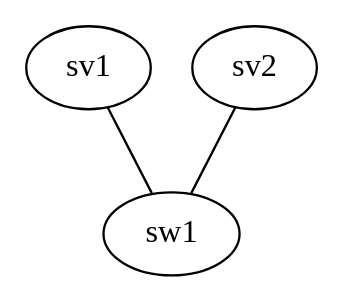
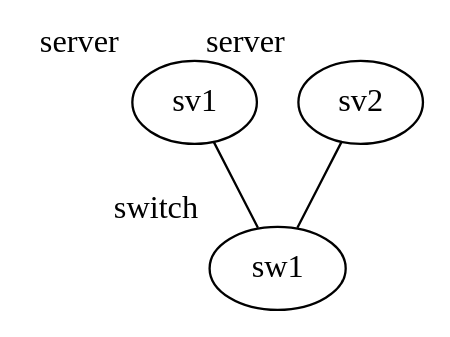
Before and after one commit to cpflat/dot2net: the diagram in example/switching/input.dot, drawn with Graphviz. The commit also changed 29 other files, not shown here.

```diff
--- a/example/switching/input.dot
+++ b/example/switching/input.dot
@@ -1,9 +1,9 @@
 digraph  {
 
-	sv1[class="server"];
-	sw1[class="switch"];
-	sv2[class="server"];
+	sv1[xlabel="server"];
+	sw1[xlabel="switch"];
+	sv2[xlabel="server"];
 
 	sv1->sw1[dir="none"];
-	sv2->sw1[dir="none"]
+	sv2->sw1[dir="none"];
 }
```
